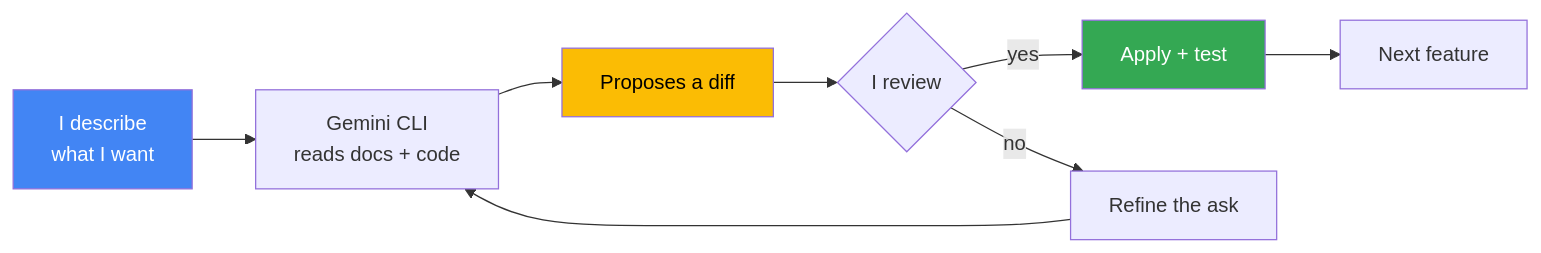
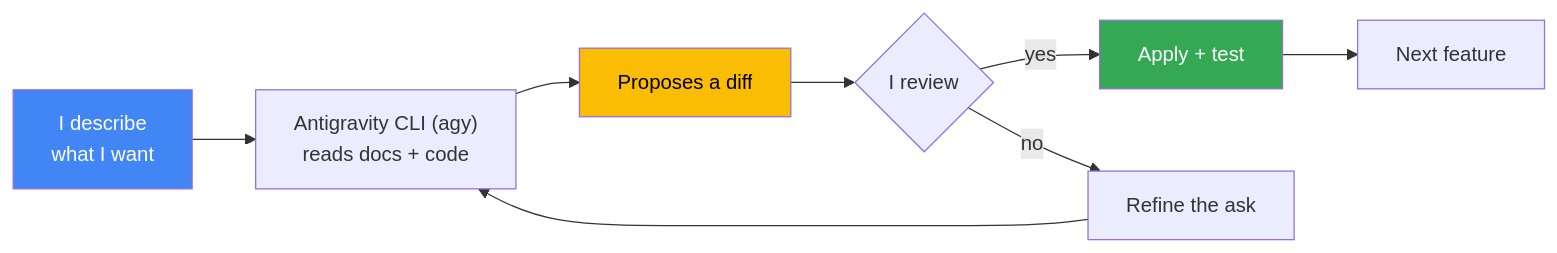
Before and after one commit to AhsanAyaz/slides: the fifth of 5 diagrams in talks/from-zero-to-travel-agent/refence.md, drawn with Mermaid. The commit also changed other lines of this file and 79 other files, not shown here.

````diff
--- a/talks/from-zero-to-travel-agent/refence.md
+++ b/talks/from-zero-to-travel-agent/refence.md
@@ -558,14 +556,14 @@
 ```mermaid
 graph LR
-    A[I describe<br/>what I want] --> B[Gemini CLI<br/>reads docs + code]
-    B --> C[Proposes a diff]
-    C --> D{I review}
-    D -->|yes| E[Apply + test]
-    D -->|no| F[Refine the ask]
+    A["I describe<br/>what I want"] --> B["Antigravity CLI (agy)<br/>reads docs + code"]
+    B --> C["Proposes a diff"]
+    C --> D{"I review"}
+    D -->|yes| E["Apply + test"]
+    D -->|no| F["Refine the ask"]
     F --> B
-    E --> G[Next feature]
+    E --> G["Next feature"]
 
     style A fill:#4285F4,color:#fff
     style C fill:#FBBC04,color:#000
     style E fill:#34A853,color:#fff
 ```
````
